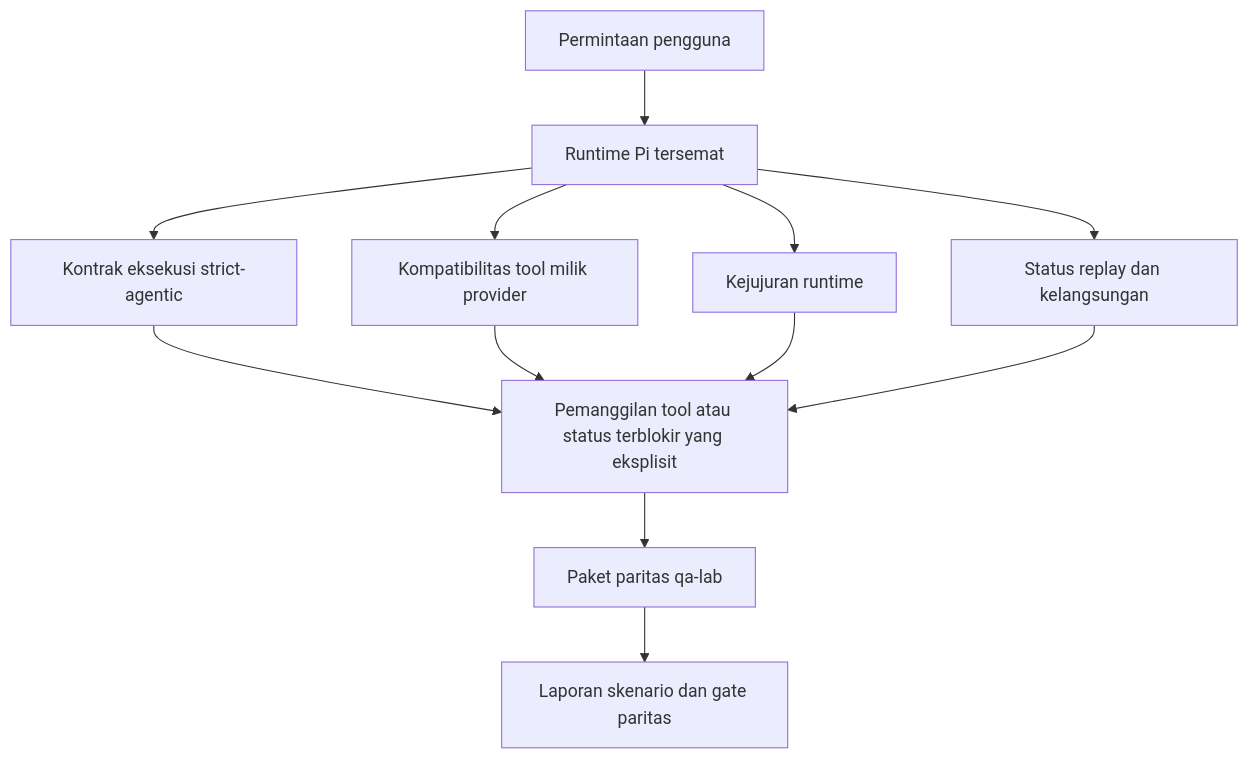
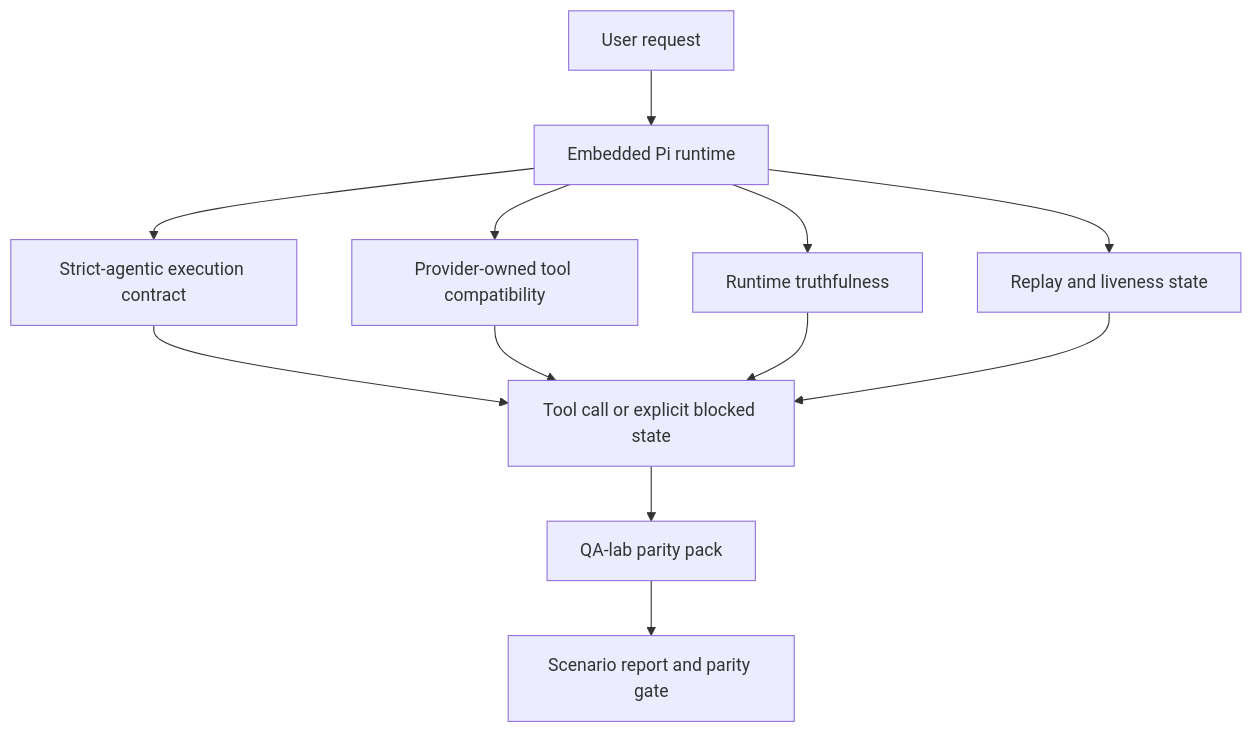
Before and after one commit to openclaw/docs: the first of 2 diagrams in docs/id/help/gpt55-codex-agentic-parity.md, drawn with Mermaid. The commit also changed other lines of this file and 225 other files, not shown here.

````diff
--- a/docs/id/help/gpt55-codex-agentic-parity.md
+++ b/docs/id/help/gpt55-codex-agentic-parity.md
@@ -114,14 +112,14 @@
 ```mermaid
 flowchart TD
-    A["Permintaan pengguna"] --> B["Runtime Pi tersemat"]
-    B --> C["Kontrak eksekusi strict-agentic"]
-    B --> D["Kompatibilitas tool milik provider"]
-    B --> E["Kejujuran runtime"]
-    B --> F["Status replay dan kelangsungan"]
-    C --> G["Pemanggilan tool atau status terblokir yang eksplisit"]
+    A["User request"] --> B["Embedded Pi runtime"]
+    B --> C["Strict-agentic execution contract"]
+    B --> D["Provider-owned tool compatibility"]
+    B --> E["Runtime truthfulness"]
+    B --> F["Replay and liveness state"]
+    C --> G["Tool call or explicit blocked state"]
     D --> G
     E --> G
     F --> G
-    G --> H["Paket paritas qa-lab"]
-    H --> I["Laporan skenario dan gate paritas"]
+    G --> H["QA-lab parity pack"]
+    H --> I["Scenario report and parity gate"]
 ```
````
